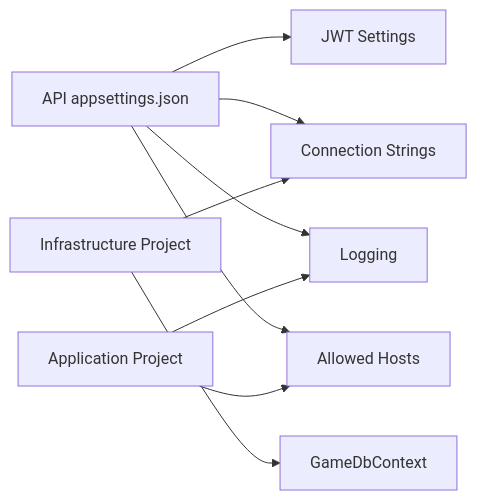
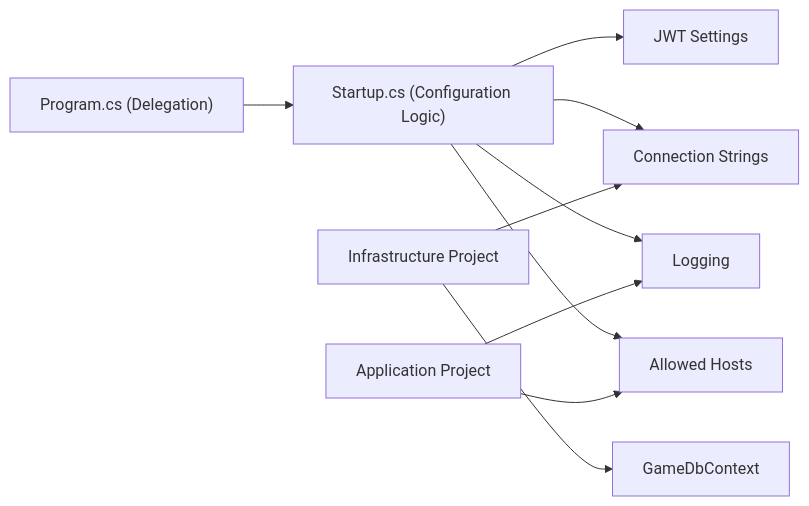
One commit to MuhammadFaizanQamar/game-backend-service changed the sixth of 6 diagrams in .qoder/repowiki/en/content/Configuration & Settings/Environment Configuration.md. Above: the diagram before and after it, drawn with Mermaid. The commit also changed other lines of this file and 62 other files, not shown here.

````diff
--- a/.qoder/repowiki/en/content/Configuration & Settings/Environment Configuration.md
+++ b/.qoder/repowiki/en/content/Configuration & Settings/Environment Configuration.md
@@ -284,11 +318,12 @@
 ```mermaid
 graph LR
-API["API appsettings.json"] --> JWT["JWT Settings"]
-API --> Conn["Connection Strings"]
-API --> Log["Logging"]
-API --> Hosts["Allowed Hosts"]
+Program["Program.cs (Delegation)"] --> Startup["Startup.cs (Configuration Logic)"]
+Startup --> JWT["JWT Settings"]
+Startup --> Conn["Connection Strings"]
+Startup --> Log["Logging"]
+Startup --> Hosts["Allowed Hosts"]
 Infra["Infrastructure Project"] --> Conn
 Infra --> DBContext["GameDbContext"]
 AppProj["Application Project"] --> Log
 AppProj --> Hosts
 ```
````
